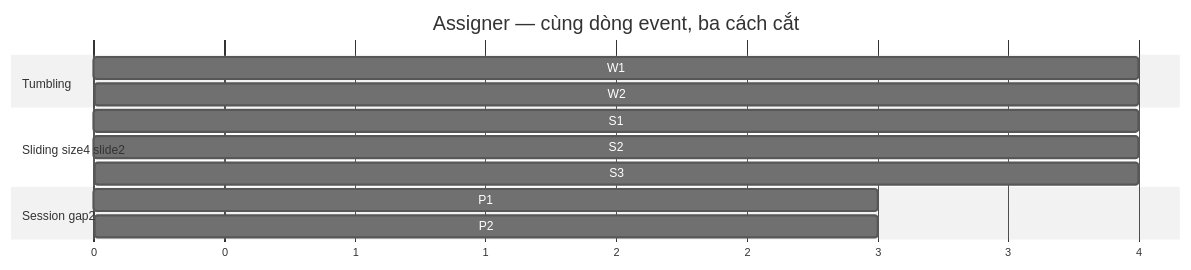
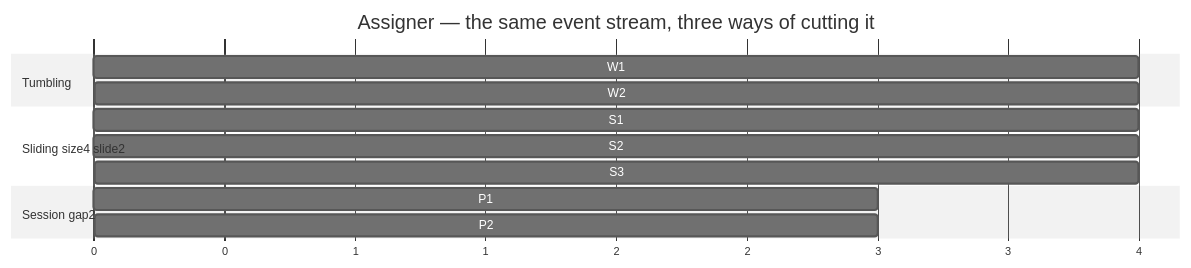
One commit to vuhoang001/knowledge changed the second of 3 diagrams in i18n/en/docusaurus-plugin-content-docs/current/etl/flink/skills/windows.md. Above: the diagram before and after it, drawn with Mermaid (neutral theme). The commit also changed other lines of this file and 21 other files, not shown here.

````diff
--- a/i18n/en/docusaurus-plugin-content-docs/current/etl/flink/skills/windows.md
+++ b/i18n/en/docusaurus-plugin-content-docs/current/etl/flink/skills/windows.md
@@ -56,16 +55,16 @@
 ```mermaid
 gantt
-    title Assigner — cùng dòng event, ba cách cắt
+    title Assigner — the same event stream, three ways of cutting it
     dateFormat X
     axisFormat %s
     section Tumbling
     W1 :0, 4
     W2 :4, 4
     section Sliding size4 slide2
     S1 :0, 4
     S2 :2, 4
     S3 :4, 4
     section Session gap2
     P1 :0, 3
     P2 :6, 3
 ```
````
